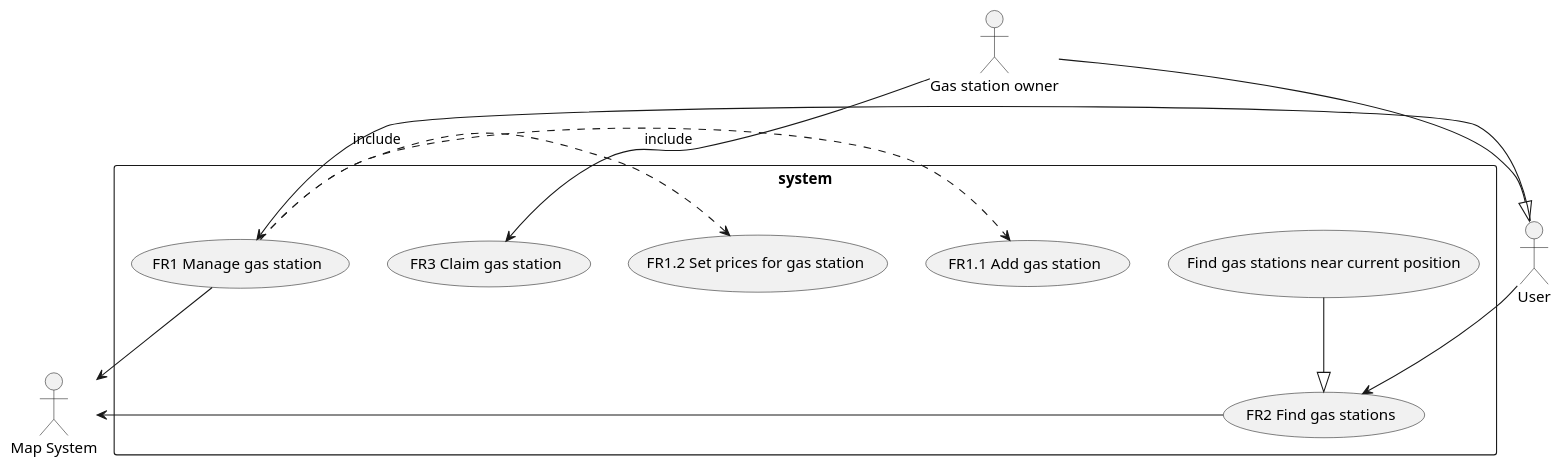
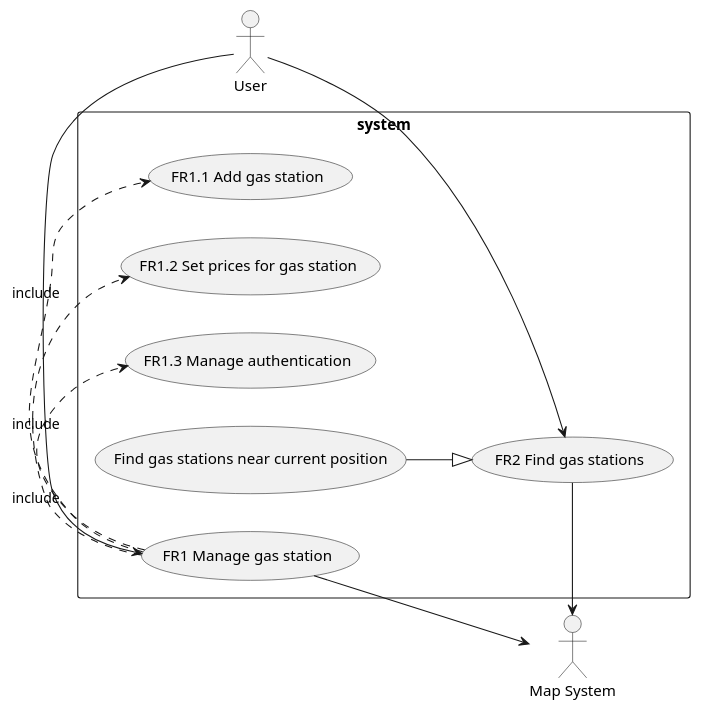
The second of 2 diagrams in REQ_s269095.md (SoftengPoliTo/Lab2), drawn with PlantUML before and after one commit. The commit also changed other lines of this file, not shown here.

````diff
--- a/REQ_s269095.md
+++ b/REQ_s269095.md
@@ -69,22 +65,21 @@
 ```plantuml
+left to right direction
 actor User as U
-actor "Gas station owner" as G
 actor "Map System" as M
 rectangle system {
     usecase "FR1 Manage gas station" as FR1
     usecase "FR1.1 Add gas station" as FR11
     usecase "FR1.2 Set prices for gas station" as FR12
+    usecase "FR1.3 Manage authentication" as FR13
     usecase "FR2 Find gas stations" as FR2
     usecase "Find gas stations near current position" as FR22
-    usecase "FR3 Claim gas station" as FR3
 }
-G --|> U
 U -> FR1
 U -> FR2
 FR1 -> M
 FR1 .> FR11 : include
 FR2 -> M
-G -> FR3
 FR1 .> FR12 : include
+FR1 .> FR13 : include
 FR22 --|> FR2
 ```
````
